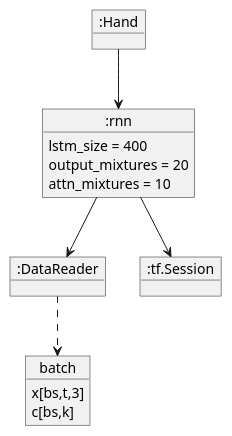
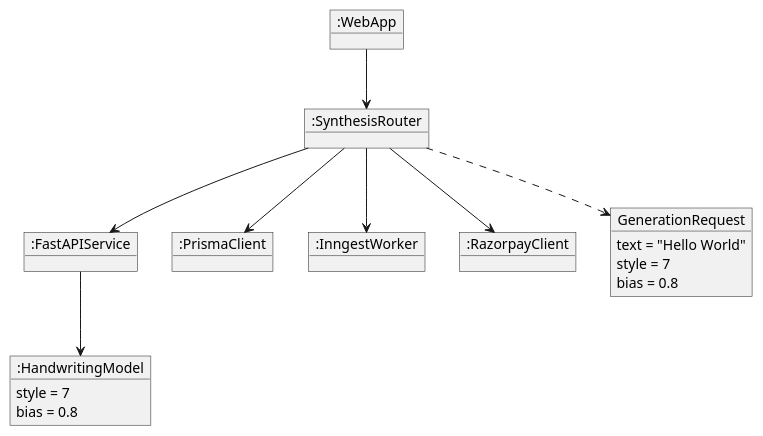
The sixth of 15 diagrams in docss/CONCEPTUAL_DIAGRAMS.md (bhadraagada/ctrlpluspen), drawn with PlantUML before and after one commit. The commit also changed other lines of this file and 138 other files, not shown here.

````diff
--- a/docss/CONCEPTUAL_DIAGRAMS.md
+++ b/docss/CONCEPTUAL_DIAGRAMS.md
@@ -303,24 +415,30 @@
 ```plantuml
 @startuml
 skinparam monochrome true
 skinparam shadowing false
 
-object ":Hand" as hand
-object ":rnn" as model {
-  lstm_size = 400
-  output_mixtures = 20
-  attn_mixtures = 10
+object ":WebApp" as web
+object ":SynthesisRouter" as router
+object ":FastAPIService" as api
+object ":HandwritingModel" as model {
+  style = 7
+  bias = 0.8
 }
-object ":DataReader" as reader
-object ":tf.Session" as session
-object "batch" as batch {
-  x[bs,t,3]
-  c[bs,k]
+object ":PrismaClient" as prisma
+object ":InngestWorker" as inngest
+object ":RazorpayClient" as rzpay
+object "GenerationRequest" as req {
+  text = "Hello World"
+  style = 7
+  bias = 0.8
 }
 
-hand --> model
-model --> reader
-model --> session
-reader ..> batch
+web --> router
+router --> api
+router --> prisma
+router --> inngest
+router --> rzpay
+api --> model
+router ..> req
 @enduml
 ```
````
